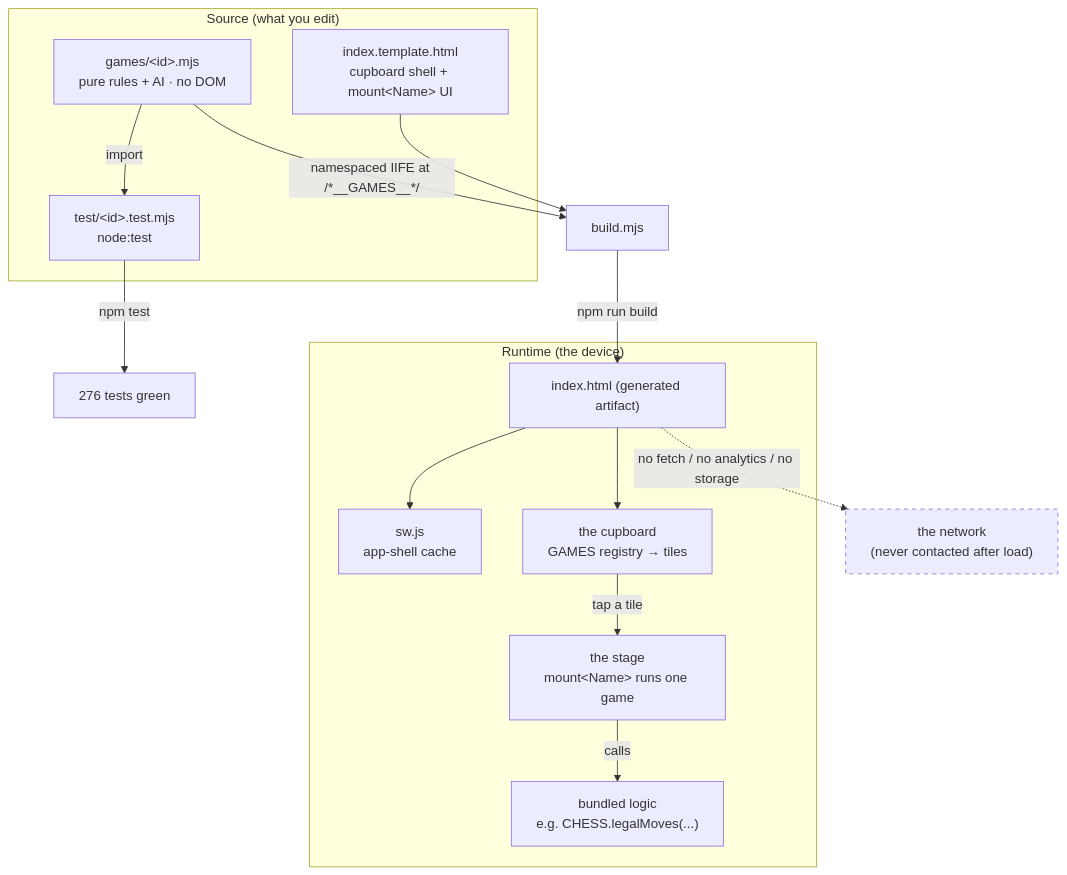
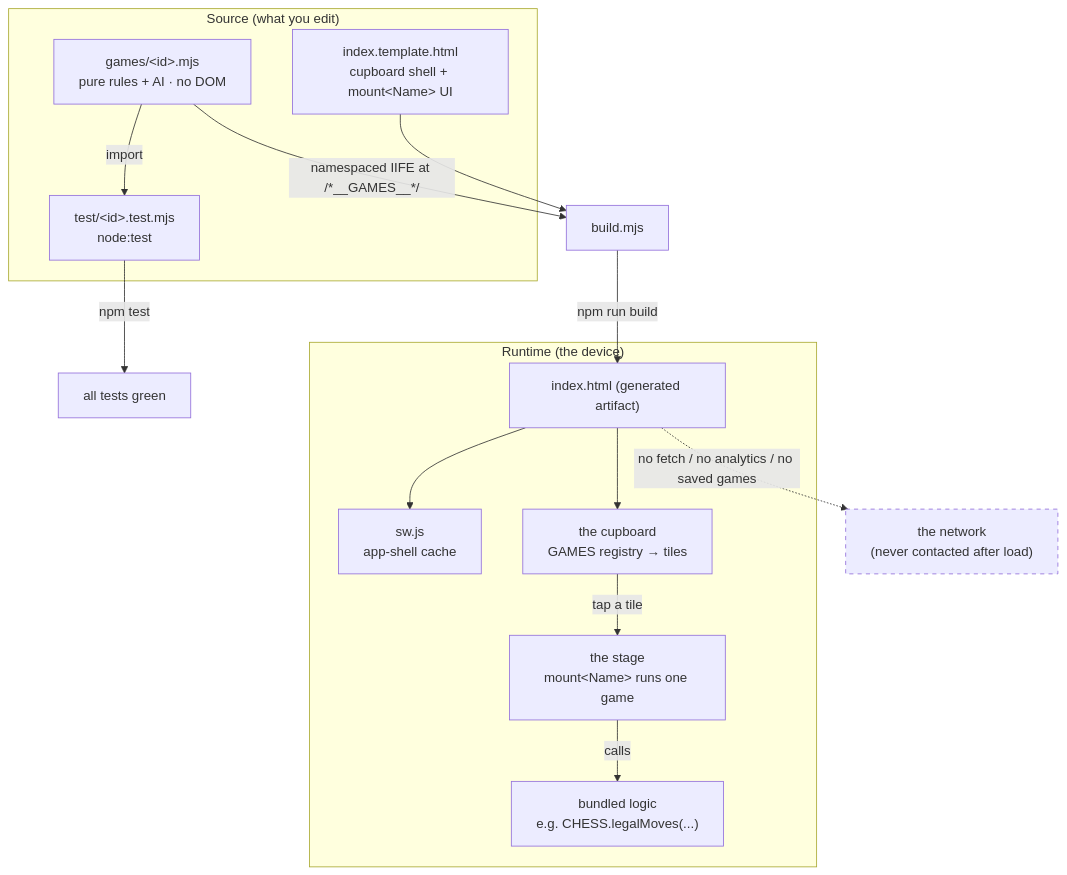
One commit to levitatingflyfisher/Parlour changed the diagram in docs/architecture/OVERVIEW.md. Above: the diagram before and after it, drawn with Mermaid. The commit also changed 29 other files, not shown here.

````diff
--- a/docs/architecture/OVERVIEW.md
+++ b/docs/architecture/OVERVIEW.md
@@ -19,27 +19,27 @@
 ```mermaid
 flowchart TD
     subgraph src["Source (what you edit)"]
         G["games/&lt;id&gt;.mjs<br/>pure rules + AI · no DOM"]
         T["test/&lt;id&gt;.test.mjs<br/>node:test"]
         TPL["index.template.html<br/>cupboard shell + mount&lt;Name&gt; UI"]
     end
 
     G -->|"import"| T
-    T -->|"npm test"| GREEN["276 tests green"]
+    T -->|"npm test"| GREEN["all tests green"]
 
     G -->|"namespaced IIFE at /*__GAMES__*/"| BUILD["build.mjs"]
     TPL --> BUILD
     BUILD -->|"npm run build"| HTML["index.html (generated artifact)"]
 
     subgraph runtime["Runtime (the device)"]
         HTML --> SW["sw.js<br/>app-shell cache"]
         HTML --> CUP["the cupboard<br/>GAMES registry → tiles"]
         CUP -->|"tap a tile"| STAGE["the stage<br/>mount&lt;Name&gt; runs one game"]
         STAGE -->|"calls"| NS["bundled logic<br/>e.g. CHESS.legalMoves(...)"]
     end
 
-    HTML -.->|"no fetch / no analytics / no storage"| WORLD["the network<br/>(never contacted after load)"]
+    HTML -.->|"no fetch / no analytics / no saved games"| WORLD["the network<br/>(never contacted after load)"]
 
     classDef ghost stroke-dasharray:5 5;
     class WORLD ghost;
 ```
````
